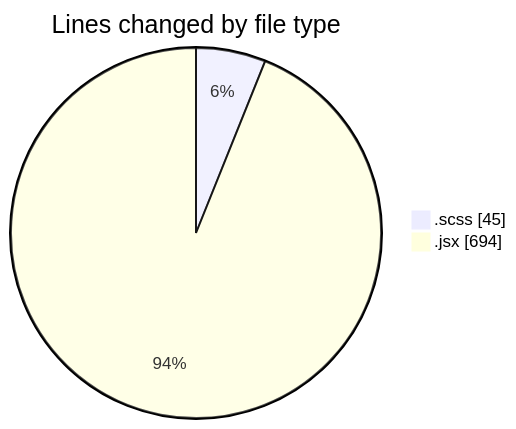
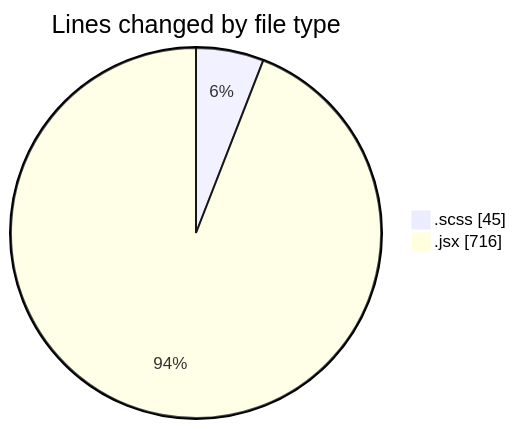
Before and after one commit to momahboobian/code-tracking: the first of 2 diagrams in 2025-06-03/cda/README.md, drawn with Mermaid. The commit also changed other lines of this file and 1 other file, not shown here.

````diff
--- a/2025-06-03/cda/README.md
+++ b/2025-06-03/cda/README.md
@@ -22,6 +22,6 @@
 ```mermaid
 pie showData
 title Lines changed by file type
 ".scss" : 45
-".jsx" : 694
+".jsx" : 716
 ```
````
